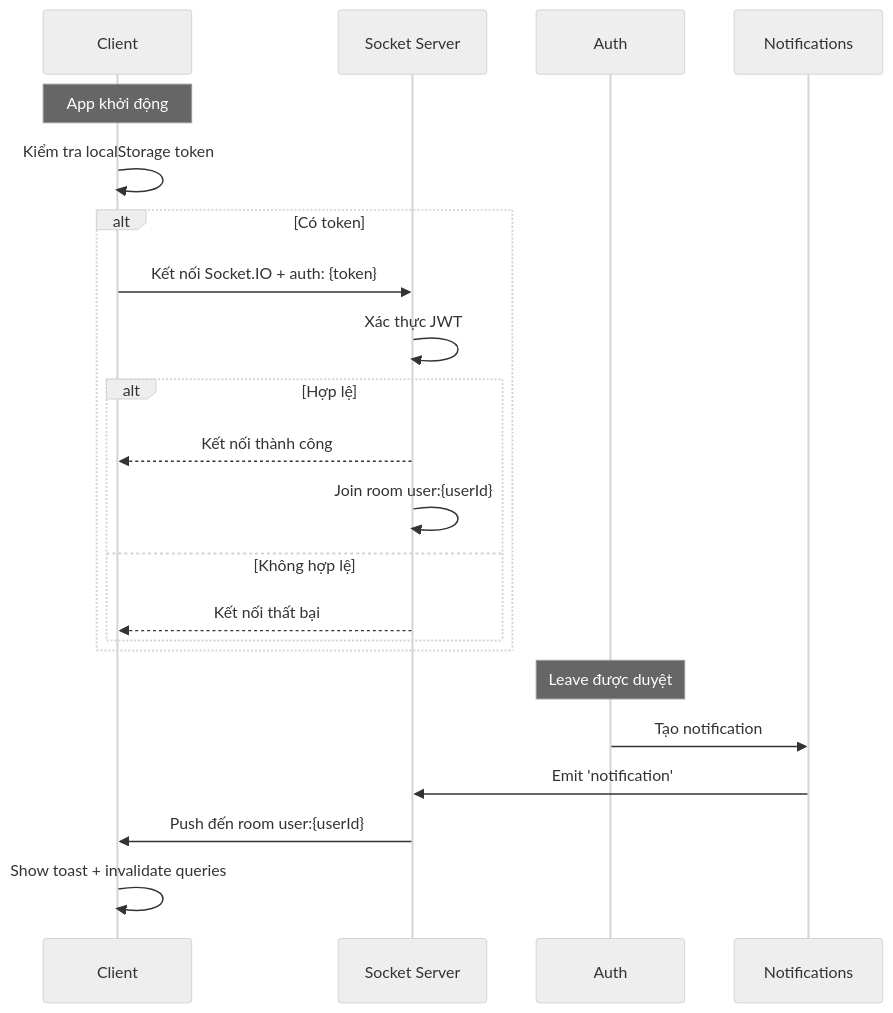
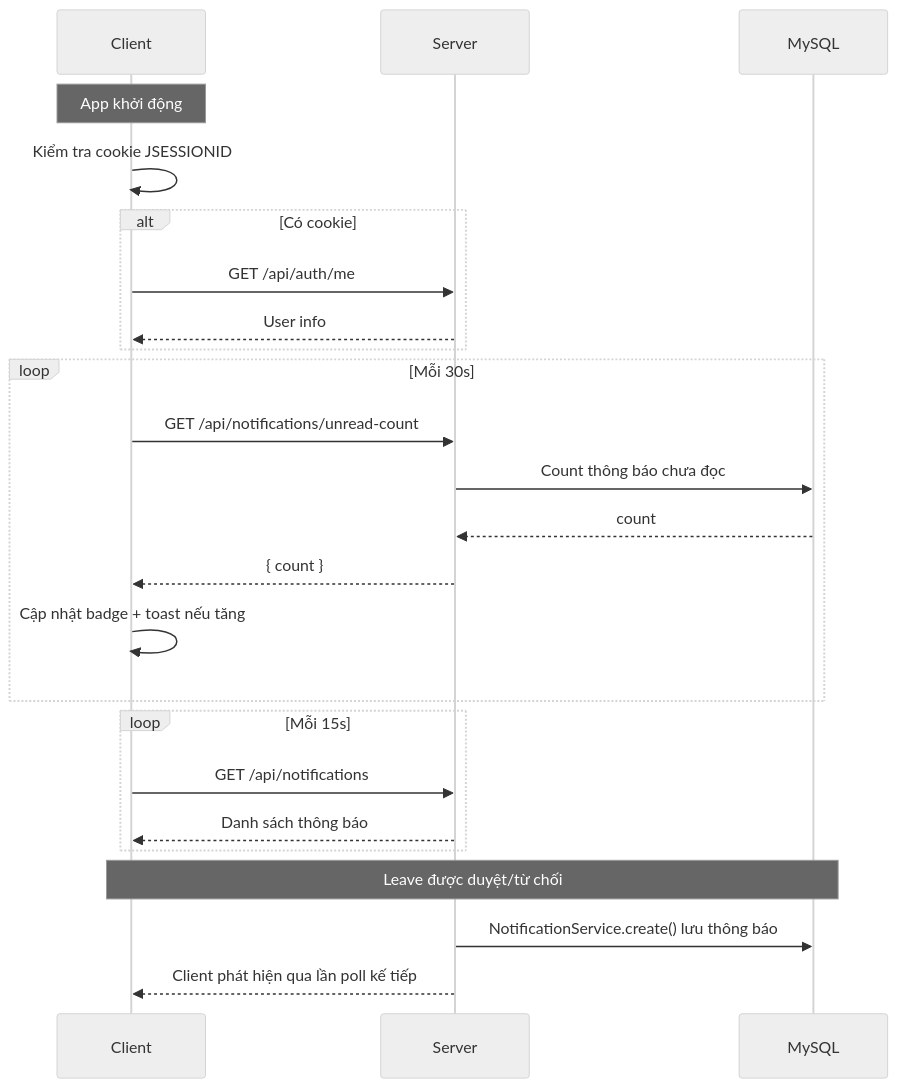
One commit to nghiaxh/hr-management changed diagram 14 of 24 in docs/SDD.md. Above: the diagram before and after it, drawn with Mermaid (neutral theme). The commit also changed other lines of this file and 8 other files, not shown here.

````diff
--- a/docs/SDD.md
+++ b/docs/SDD.md
@@ -839,24 +807,26 @@
 ```mermaid
 sequenceDiagram
     participant C as Client
-    participant S as Socket Server
-    participant A as Auth
-    participant N as Notifications
+    participant S as Server
+    participant DB as MySQL
     Note over C: App khởi động
-    C->>C: Kiểm tra localStorage token
-    alt Có token
-        C->>S: Kết nối Socket.IO + auth: {token}
-        S->>S: Xác thực JWT
-        alt Hợp lệ
-            S-->>C: Kết nối thành công
-            S->>S: Join room user:{userId}
-        else Không hợp lệ
-            S-->>C: Kết nối thất bại
-        end
+    C->>C: Kiểm tra cookie JSESSIONID
+    alt Có cookie
+        C->>S: GET /api/auth/me
+        S-->>C: User info
     end
-    Note over A: Leave được duyệt
-    A->>N: Tạo notification
-    N->>S: Emit 'notification'
-    S->>C: Push đến room user:{userId}
-    C->>C: Show toast + invalidate queries
+    loop Mỗi 30s
+        C->>S: GET /api/notifications/unread-count
+        S->>DB: Count thông báo chưa đọc
+        DB-->>S: count
+        S-->>C: { count }
+        C->>C: Cập nhật badge + toast nếu tăng
+    end
+    loop Mỗi 15s
+        C->>S: GET /api/notifications
+        S-->>C: Danh sách thông báo
+    end
+    Note over C,DB: Leave được duyệt/từ chối
+    S->>DB: NotificationService.create() lưu thông báo
+    S-->>C: Client phát hiện qua lần poll kế tiếp
 ```
````
